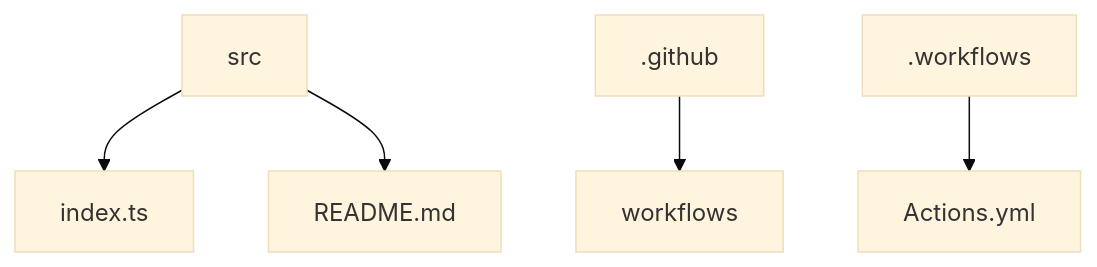
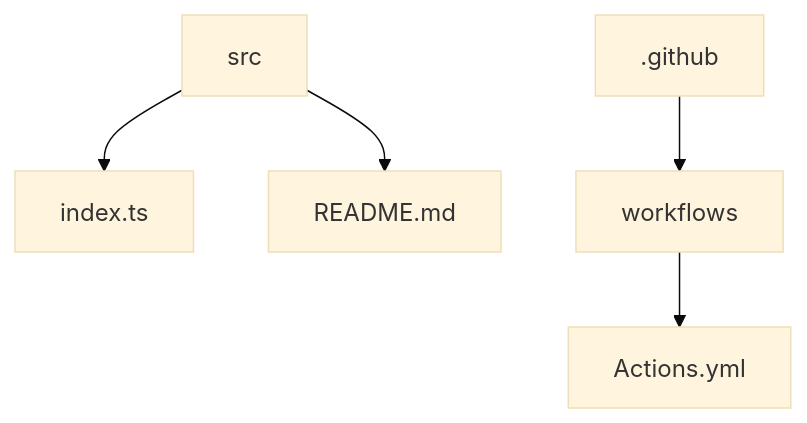
The diagram in README.md (Xeven777/crypto-actions), drawn with Mermaid (base theme) before and after one commit. The commit also changed other lines of this file, not shown here.

````diff
--- a/README.md
+++ b/README.md
@@ -25,7 +25,6 @@
 ```mermaid
 graph TD;
 src-->index.ts;
-.github-->workflows;
-.workflows-->Actions.yml;
-src--> README.md;
+src-->README.md;
+.github-->workflows-->Actions.yml;
 ```
````
